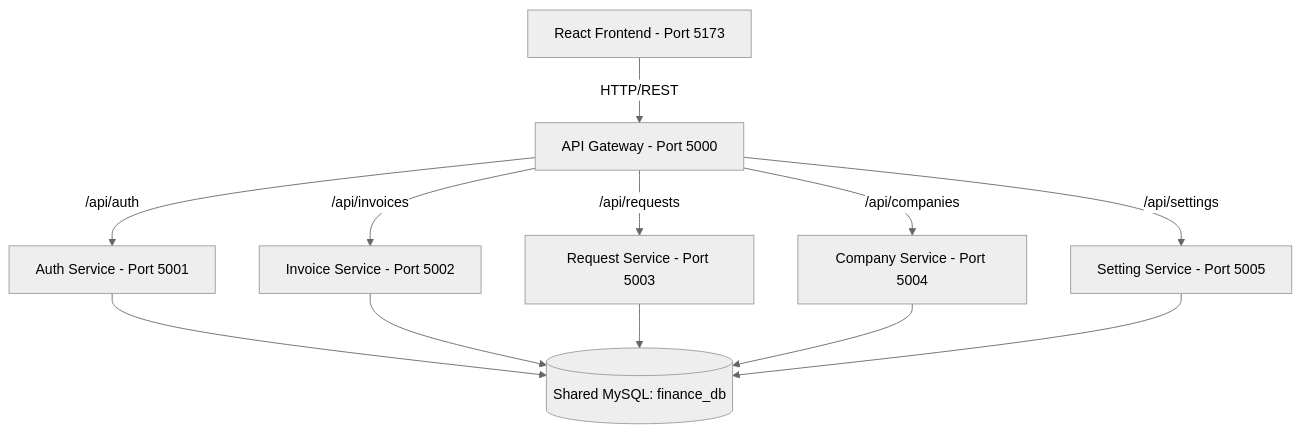
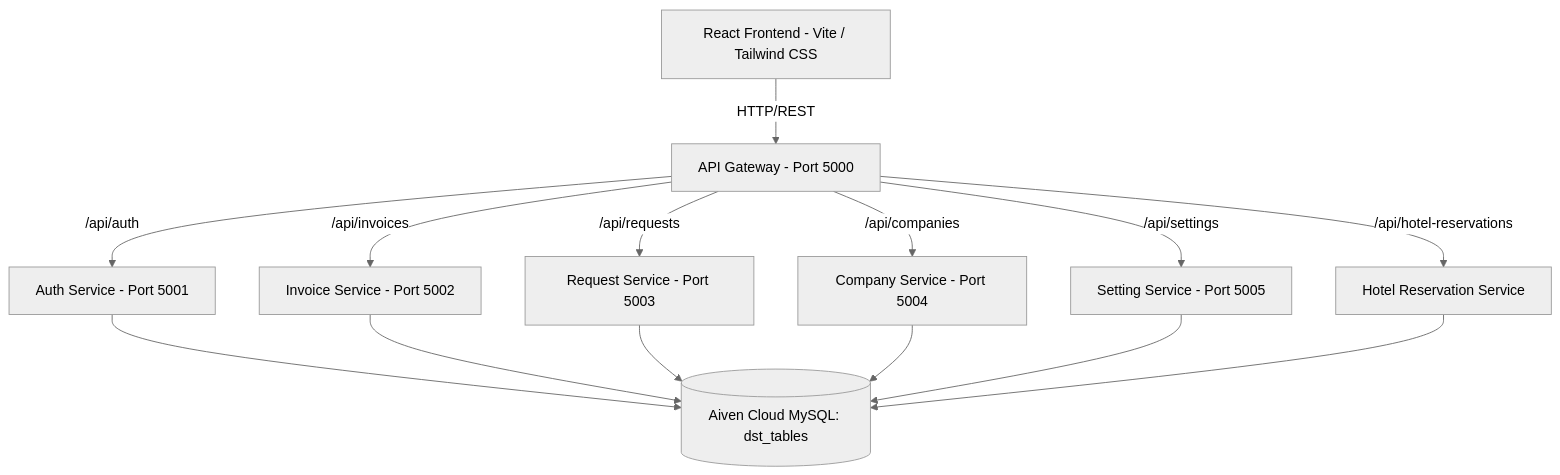
Before and after one commit to dimasalvarizk/finance-system: the first of 2 diagrams in README.md, drawn with Mermaid (neutral theme). The commit also changed other lines of this file, not shown here.

Commit message:
docs: update README.md with comprehensive project architecture and latest features

````diff
--- a/README.md
+++ b/README.md
@@ -13,16 +13,18 @@
 ```mermaid
 graph TD
-    Client[React Frontend - Port 5173] -->|HTTP/REST| Gateway[API Gateway - Port 5000]
+    Client[React Frontend - Vite / Tailwind CSS] -->|HTTP/REST| Gateway[API Gateway - Port 5000]
     
     Gateway -->|/api/auth| AuthService[Auth Service - Port 5001]
     Gateway -->|/api/invoices| InvoiceService[Invoice Service - Port 5002]
     Gateway -->|/api/requests| RequestService[Request Service - Port 5003]
     Gateway -->|/api/companies| CompanyService[Company Service - Port 5004]
     Gateway -->|/api/settings| SettingService[Setting Service - Port 5005]
+    Gateway -->|/api/hotel-reservations| HotelService[Hotel Reservation Service]
 
-    AuthService --> Database[(Shared MySQL: finance_db)]
+    AuthService --> Database[(Aiven Cloud MySQL: dst_tables)]
     InvoiceService --> Database
     RequestService --> Database
     CompanyService --> Database
     SettingService --> Database
+    HotelService --> Database
 ```
````
